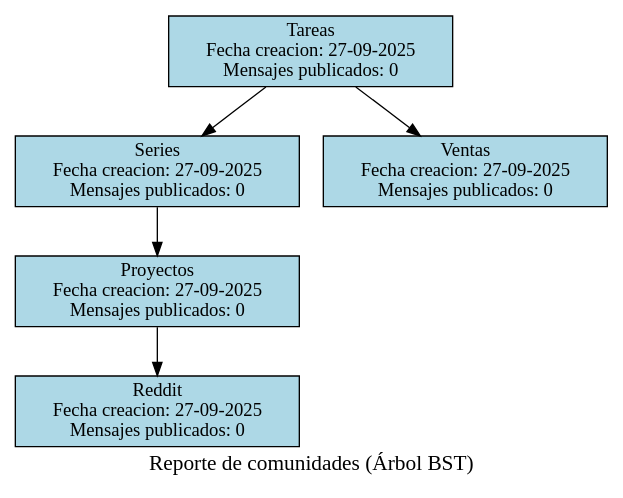
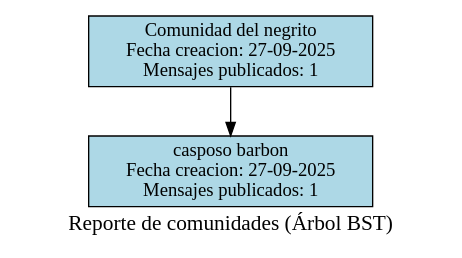
One commit to JoseArt777/-EDD-1S2025_202100305 changed the diagram in Fase1/src/Root-Reportes/comunidades_bst.dot. Above: the diagram before and after it, drawn with Graphviz. The commit also changed 15 other files, not shown here.

```diff
--- a/Fase1/src/Root-Reportes/comunidades_bst.dot
+++ b/Fase1/src/Root-Reportes/comunidades_bst.dot
@@ -1,15 +1,9 @@
 digraph G {
     label="Reporte de comunidades (Árbol BST)";
     fontsize=16;
     node [shape=record, style=filled, fillcolor=lightblue];
     rankdir=TB;
-    Tareas [label="Tareas\nFecha creacion: 27-09-2025\nMensajes publicados: 0"];
-    Series [label="Series\nFecha creacion: 27-09-2025\nMensajes publicados: 0"];
-    Proyectos [label="Proyectos\nFecha creacion: 27-09-2025\nMensajes publicados: 0"];
-    Reddit [label="Reddit\nFecha creacion: 27-09-2025\nMensajes publicados: 0"];
-    Proyectos -> Reddit;
-    Series -> Proyectos;
-    Ventas [label="Ventas\nFecha creacion: 27-09-2025\nMensajes publicados: 0"];
-    Tareas -> Series;
-    Tareas -> Ventas;
+    Comunidad_del_negrito [label="Comunidad del negrito\nFecha creacion: 27-09-2025\nMensajes publicados: 1"];
+    casposo_barbon [label="casposo barbon\nFecha creacion: 27-09-2025\nMensajes publicados: 1"];
+    Comunidad_del_negrito -> casposo_barbon;
 }
```
